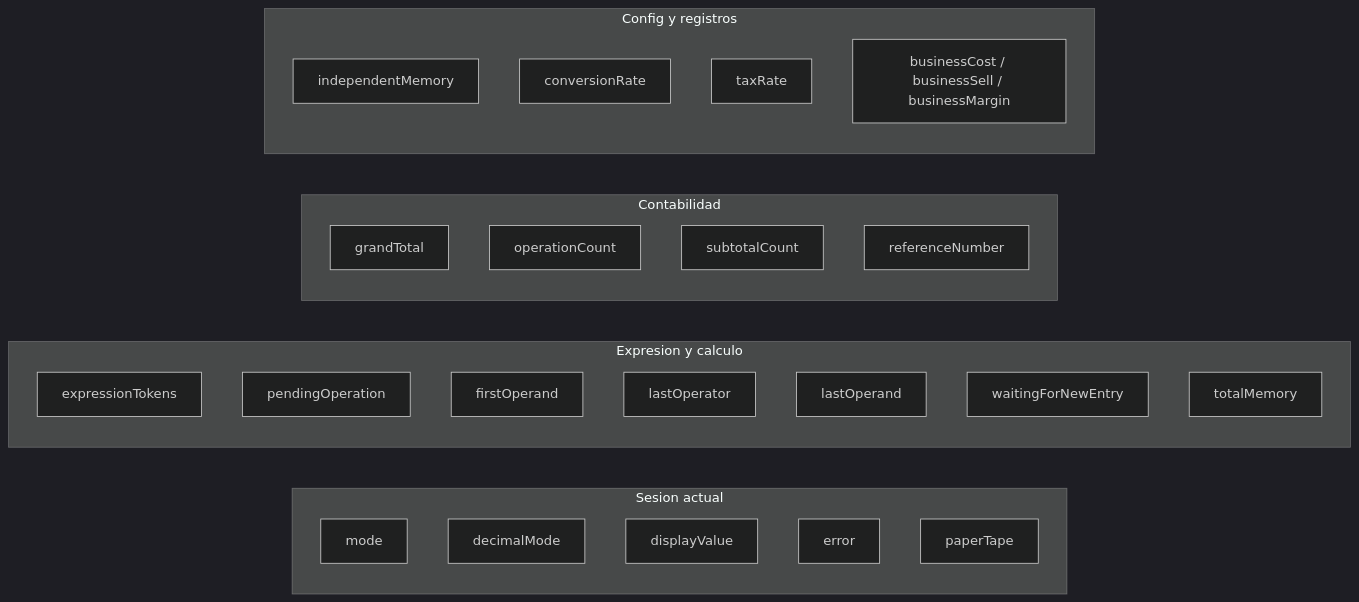
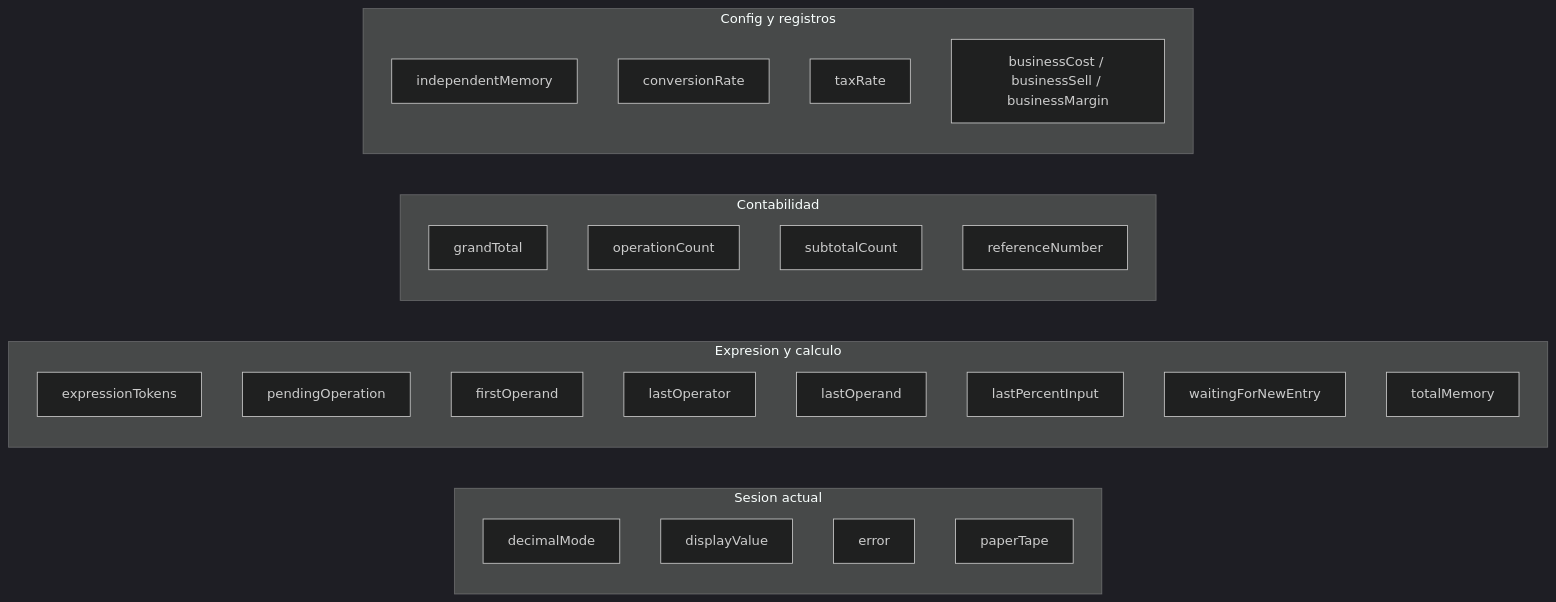
Before and after one commit to FelixNader/sumadora_2: the fourth of 8 diagrams in docs/architecture-domain-blueprint.md, drawn with Mermaid (dark theme). The commit also changed other lines of this file and 14 other files, not shown here.

````diff
--- a/docs/architecture-domain-blueprint.md
+++ b/docs/architecture-domain-blueprint.md
@@ -266,34 +309,34 @@
 ```mermaid
 flowchart LR
     subgraph Session["Sesion actual"]
-        Mode["mode"]
         Dec["decimalMode"]
         Display["displayValue"]
         Error["error"]
         Tape["paperTape"]
     end
 
     subgraph Arithmetic["Expresion y calculo"]
         Expr["expressionTokens"]
         Pending["pendingOperation"]
         First["firstOperand"]
         LastOp["lastOperator"]
         LastOperand["lastOperand"]
+        LastPct["lastPercentInput"]
         Wait["waitingForNewEntry"]
         Total["totalMemory"]
     end
 
     subgraph Accounting["Contabilidad"]
         GT["grandTotal"]
         Ops["operationCount"]
         Sub["subtotalCount"]
         Ref["referenceNumber"]
     end
 
     subgraph Config["Config y registros"]
         Mem["independentMemory"]
         Rate["conversionRate"]
         Tax["taxRate"]
         Biz["businessCost / businessSell / businessMargin"]
     end
 ```
````
